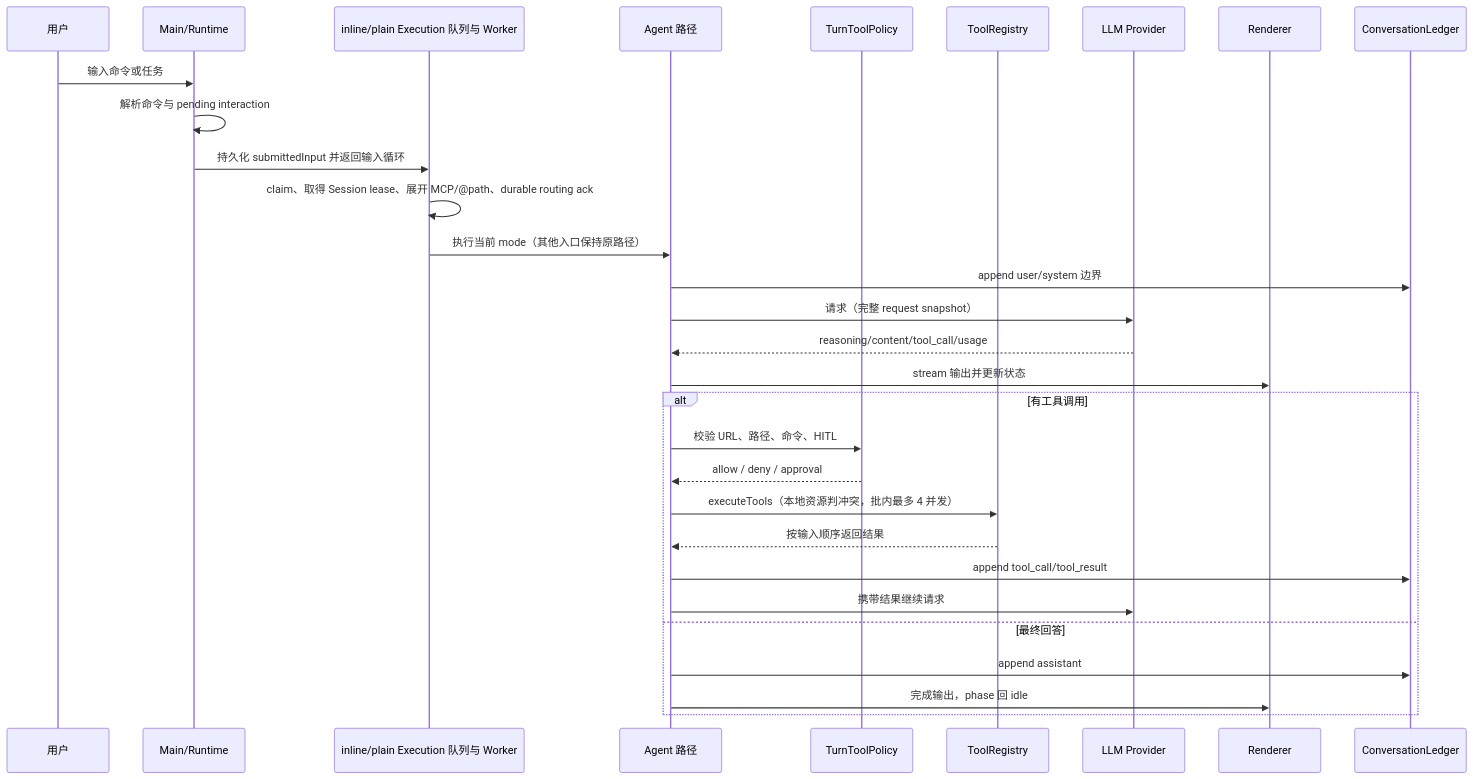
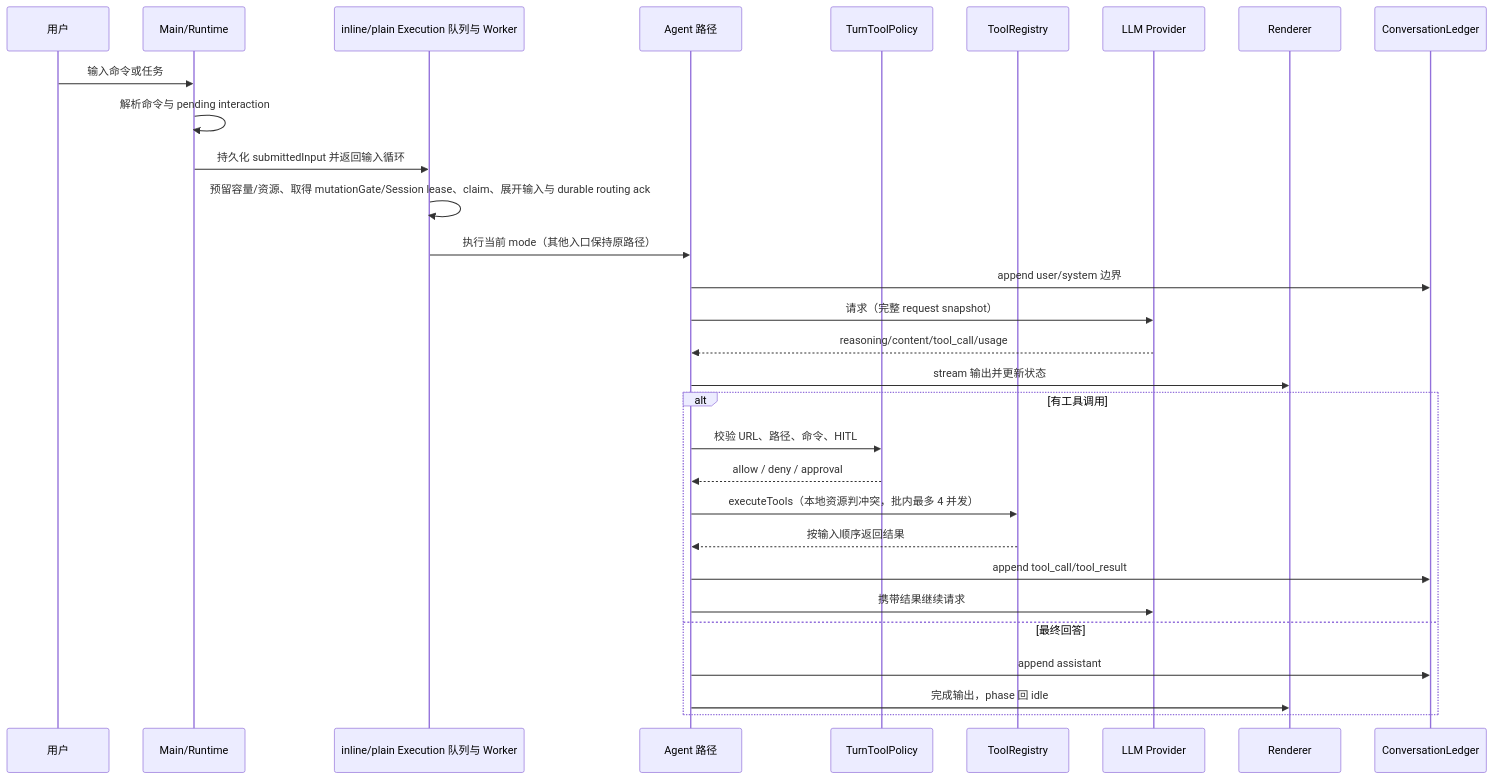
Before and after one commit to zgjdev/Code-Agent: the third of 3 diagrams in AGENTS.md, drawn with Mermaid. The commit also changed other lines of this file and 4 other files, not shown here.

````diff
--- a/AGENTS.md
+++ b/AGENTS.md
@@ -105,32 +106,32 @@
 ```mermaid
 sequenceDiagram
     participant U as 用户
     participant M as Main/Runtime
     participant Q as inline/plain Execution 队列与 Worker
     participant A as Agent 路径
     participant P as TurnToolPolicy
     participant T as ToolRegistry
     participant L as LLM Provider
     participant R as Renderer
     participant C as ConversationLedger
     U->>M: 输入命令或任务
     M->>M: 解析命令与 pending interaction
     M->>Q: 持久化 submittedInput 并返回输入循环
-    Q->>Q: claim、取得 Session lease、展开 MCP/@path、durable routing ack
+    Q->>Q: 预留容量/资源、取得 mutationGate/Session lease、claim、展开输入与 durable routing ack
     Q->>A: 执行当前 mode（其他入口保持原路径）
     A->>C: append user/system 边界
     A->>L: 请求（完整 request snapshot）
     L-->>A: reasoning/content/tool_call/usage
     A->>R: stream 输出并更新状态
     alt 有工具调用
         A->>P: 校验 URL、路径、命令、HITL
         P-->>A: allow / deny / approval
         A->>T: executeTools（本地资源判冲突，批内最多 4 并发）
         T-->>A: 按输入顺序返回结果
         A->>C: append tool_call/tool_result
         A->>L: 携带结果继续请求
     else 最终回答
         A->>C: append assistant
         A->>R: 完成输出，phase 回 idle
     end
 ```
````
